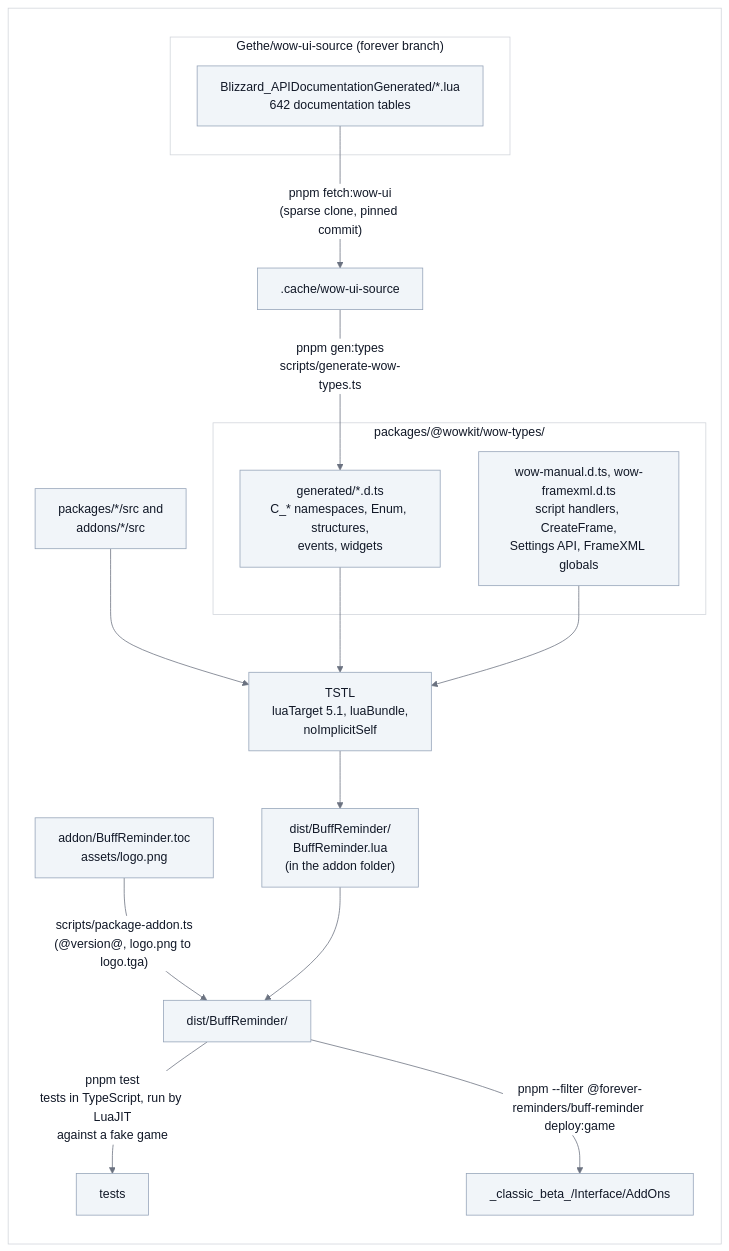
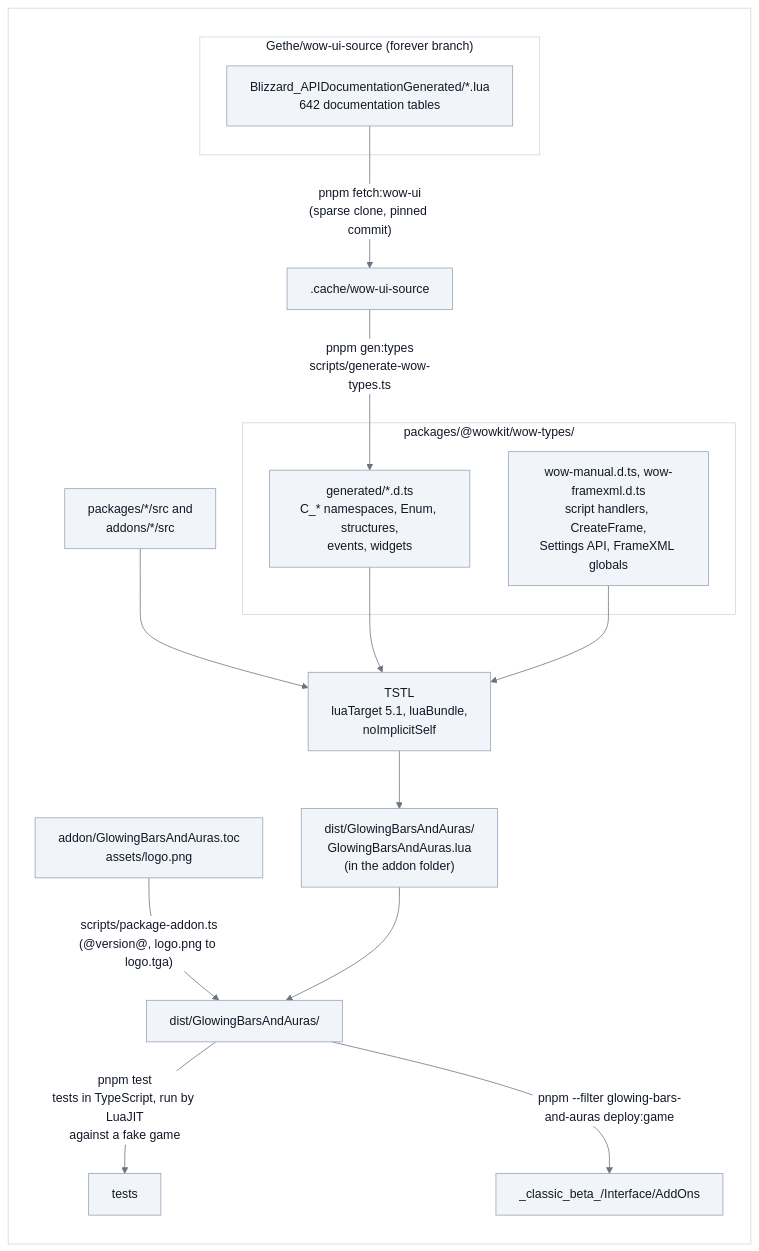
One commit to vattiss/wowkit changed the first of 9 diagrams in docs/architecture.md. Above: the diagram before and after it, drawn with Mermaid. The commit also changed other lines of this file and 265 other files, not shown here.

First line of the commit message:
feat(glowing-bars-and-auras): one addon that lights up the action bars

````diff
--- a/docs/architecture.md
+++ b/docs/architecture.md
@@ -46,29 +45,29 @@
 ```mermaid
 %%{init: {"theme":"base","themeVariables":{"background":"#ffffff","lineColor":"#6b7280","textColor":"#111827","primaryColor":"#f1f5f9","primaryTextColor":"#111827","primaryBorderColor":"#94a3b8","secondaryColor":"#e2e8f0","tertiaryColor":"#ffffff","mainBkg":"#f1f5f9","nodeBorder":"#94a3b8","nodeTextColor":"#111827","titleColor":"#111827","edgeLabelBackground":"#ffffff","labelBackground":"#ffffff","labelTextColor":"#111827","clusterBkg":"#ffffff","clusterBorder":"#d1d5db","classText":"#111827","actorBkg":"#f1f5f9","actorTextColor":"#111827","actorBorder":"#94a3b8","actorLineColor":"#6b7280","signalColor":"#374151","signalTextColor":"#111827","noteBkgColor":"#fef9c3","noteTextColor":"#111827","noteBorderColor":"#ca8a04"}}}%%
 flowchart LR
     classDef default fill:#f1f5f9,stroke:#94a3b8,color:#111827
     subgraph PANEL[" "]
         subgraph upstream["Gethe/wow-ui-source (forever branch)"]
             docs["Blizzard_APIDocumentationGenerated/*.lua<br/>642 documentation tables"]
         end
 
         subgraph typings["packages/@wowkit/wow-types/"]
             generated["generated/*.d.ts<br/>C_* namespaces, Enum, structures,<br/>events, widgets"]
             manual["wow-manual.d.ts, wow-framexml.d.ts<br/>script handlers, CreateFrame,<br/>Settings API, FrameXML globals"]
         end
 
         docs -- "pnpm fetch:wow-ui<br/>(sparse clone, pinned commit)" --> cache[".cache/wow-ui-source"]
         cache -- "pnpm gen:types<br/>scripts/generate-wow-types.ts" --> generated
 
         src["packages/*/src and<br/>addons/*/src"] --> tstl["TSTL<br/>luaTarget 5.1, luaBundle,<br/>noImplicitSelf"]
         generated --> tstl
         manual --> tstl
-        tstl --> lua["dist/BuffReminder/<br/>BuffReminder.lua<br/>(in the addon folder)"]
-        toc["addon/BuffReminder.toc<br/>assets/logo.png"] -- "scripts/package-addon.ts<br/>(@version@, logo.png to logo.tga)" --> dist["dist/BuffReminder/"]
+        tstl --> lua["dist/GlowingBarsAndAuras/<br/>GlowingBarsAndAuras.lua<br/>(in the addon folder)"]
+        toc["addon/GlowingBarsAndAuras.toc<br/>assets/logo.png"] -- "scripts/package-addon.ts<br/>(@version@, logo.png to logo.tga)" --> dist["dist/GlowingBarsAndAuras/"]
         lua --> dist
         dist -- "pnpm test<br/>tests in TypeScript, run by LuaJIT<br/>against a fake game" --> smoke["tests"]
-        dist -- "pnpm --filter @forever-reminders/buff-reminder deploy:game" --> game["_classic_beta_/Interface/AddOns"]
+        dist -- "pnpm --filter glowing-bars-and-auras deploy:game" --> game["_classic_beta_/Interface/AddOns"]
     end
     classDef panel fill:#ffffff,stroke:#d1d5db,color:#111827
     class PANEL panel
 ```
````
